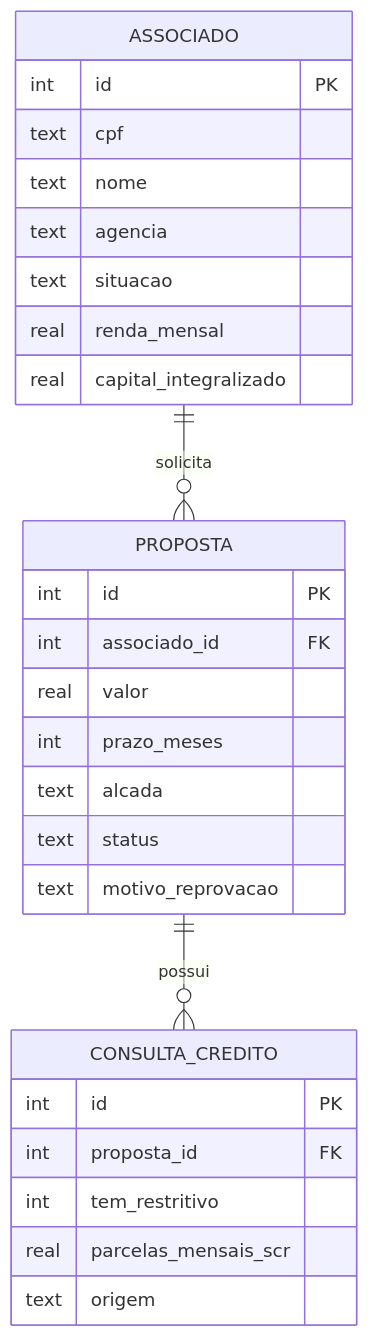
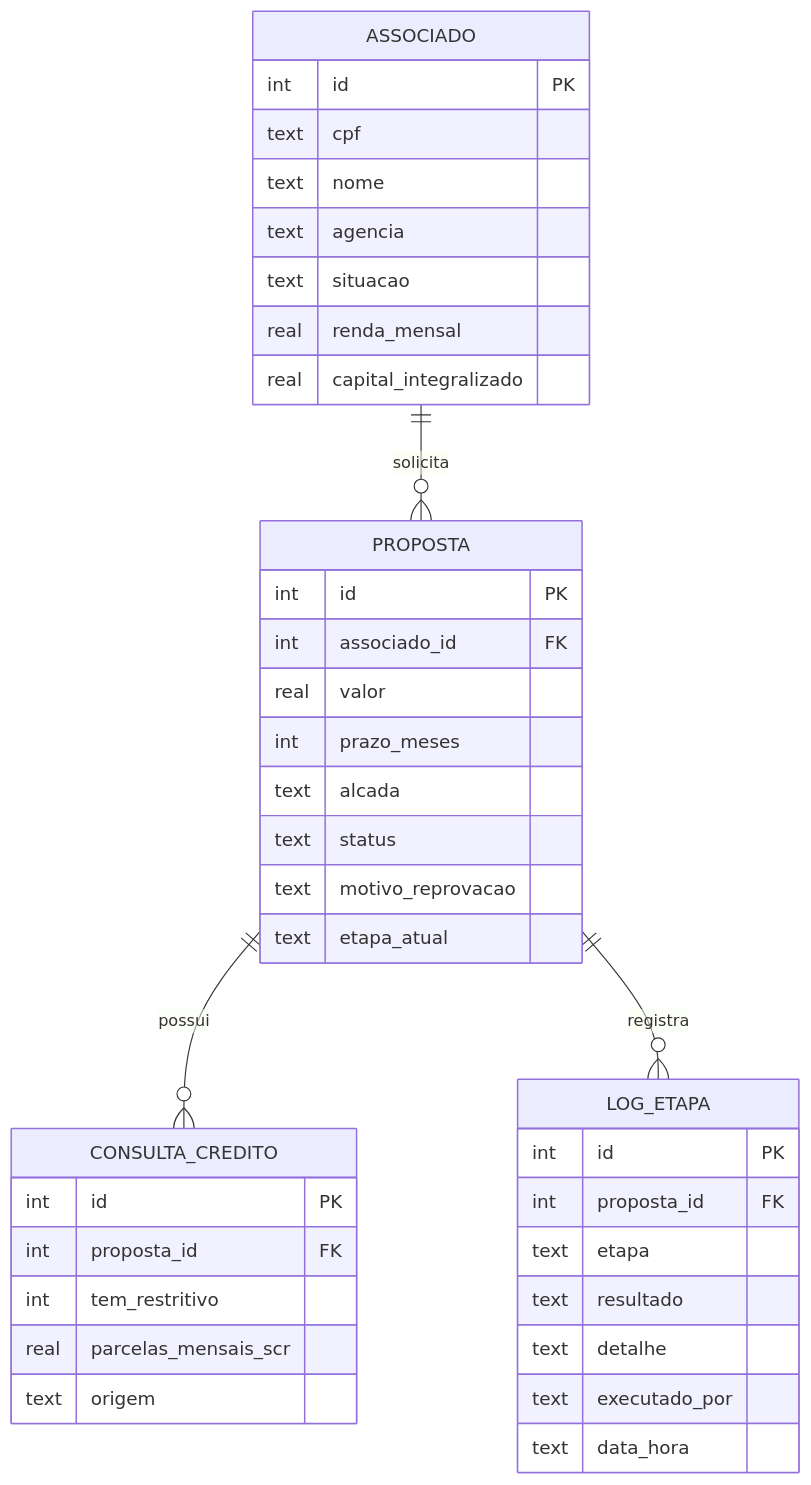
Before and after one commit to BernardoGFerrao/analise-credito-automacao: the second of 2 diagrams in README.md, drawn with Mermaid. The commit also changed other lines of this file, not shown here.

Commit message:
docs: atualiza README com log de etapas e modelo de dados

````diff
--- a/README.md
+++ b/README.md
@@ -90,31 +90,42 @@
 ```mermaid
 erDiagram
     ASSOCIADO ||--o{ PROPOSTA : solicita
     PROPOSTA ||--o{ CONSULTA_CREDITO : possui
+    PROPOSTA ||--o{ LOG_ETAPA : registra
 
     ASSOCIADO {
         int id PK
         text cpf
         text nome
         text agencia
         text situacao
         real renda_mensal
         real capital_integralizado
     }
     PROPOSTA {
         int id PK
         int associado_id FK
         real valor
         int prazo_meses
         text alcada
         text status
         text motivo_reprovacao
+        text etapa_atual
     }
     CONSULTA_CREDITO {
         int id PK
         int proposta_id FK
         int tem_restritivo
         real parcelas_mensais_scr
         text origem
     }
+    LOG_ETAPA {
+        int id PK
+        int proposta_id FK
+        text etapa
+        text resultado
+        text detalhe
+        text executado_por
+        text data_hora
+    }
 ```
````
